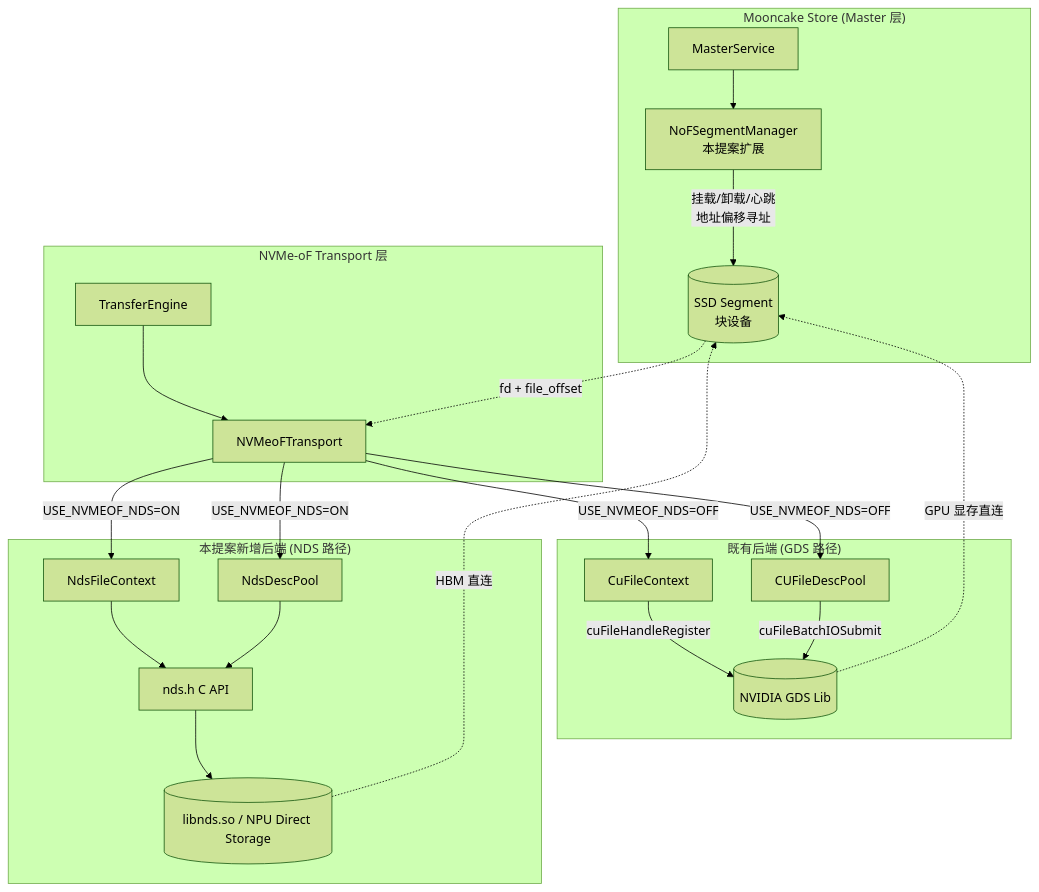
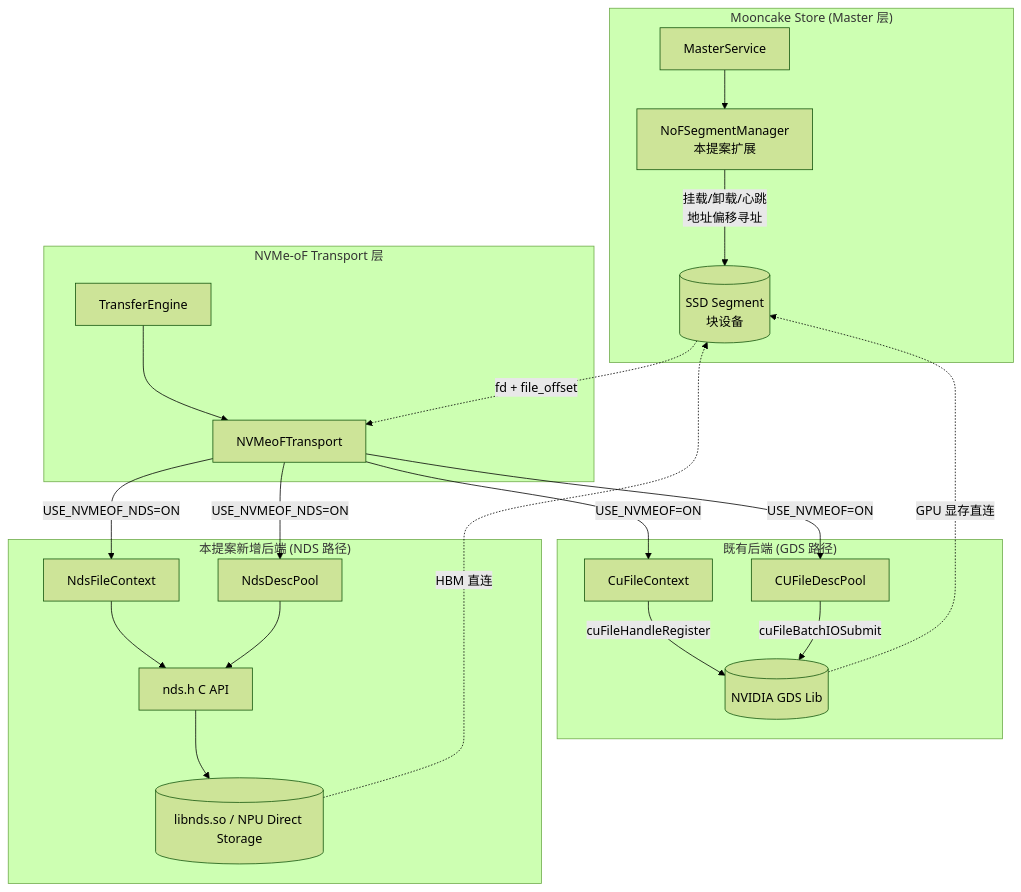
The first of 17 diagrams in docs/rfc-nds-nvmeof-transport-cn.md (yz53665/Mooncake), drawn with Mermaid (forest theme) before and after one commit. The commit also changed other lines of this file, not shown here.

````diff
--- a/docs/rfc-nds-nvmeof-transport-cn.md
+++ b/docs/rfc-nds-nvmeof-transport-cn.md
@@ -70,39 +70,39 @@
 ```mermaid
 graph TB
     subgraph Store["Mooncake Store (Master 层)"]
         MS[MasterService]
         NSM[NoFSegmentManager<br/>本提案扩展]
         MS --> NSM
         NSM -->|挂载/卸载/心跳<br/>地址偏移寻址| SEG[(SSD Segment<br/>块设备)]
     end
 
     subgraph Transport["NVMe-oF Transport 层"]
         TE[TransferEngine]
         NVT[NVMeoFTransport]
         TE --> NVT
     end
 
     subgraph Existing["既有后端 (GDS 路径)"]
         CFC[CuFileContext]
         CDP[CUFileDescPool]
-        NVT -->|USE_NVMEOF_NDS=OFF| CFC
-        NVT -->|USE_NVMEOF_NDS=OFF| CDP
+        NVT -->|USE_NVMEOF=ON| CFC
+        NVT -->|USE_NVMEOF=ON| CDP
         CFC -->|cuFileHandleRegister| GDS[(NVIDIA GDS Lib)]
         CDP -->|cuFileBatchIOSubmit| GDS
     end
 
     subgraph Proposed["本提案新增后端 (NDS 路径)"]
         NDS_CTX[NdsFileContext]
         NDS_BATCH[NdsDescPool]
         NDS_API[nds.h C API]
         NVT -->|USE_NVMEOF_NDS=ON| NDS_CTX
         NVT -->|USE_NVMEOF_NDS=ON| NDS_BATCH
         NDS_CTX --> NDS_API
         NDS_BATCH --> NDS_API
         NDS_API --> NDSL[(libnds.so / NPU Direct Storage)]
     end
 
     SEG -. fd + file_offset .-> NVT
     NDSL -.HBM 直连.-> SEG
     GDS -.GPU 显存直连.-> SEG
 ```
````
